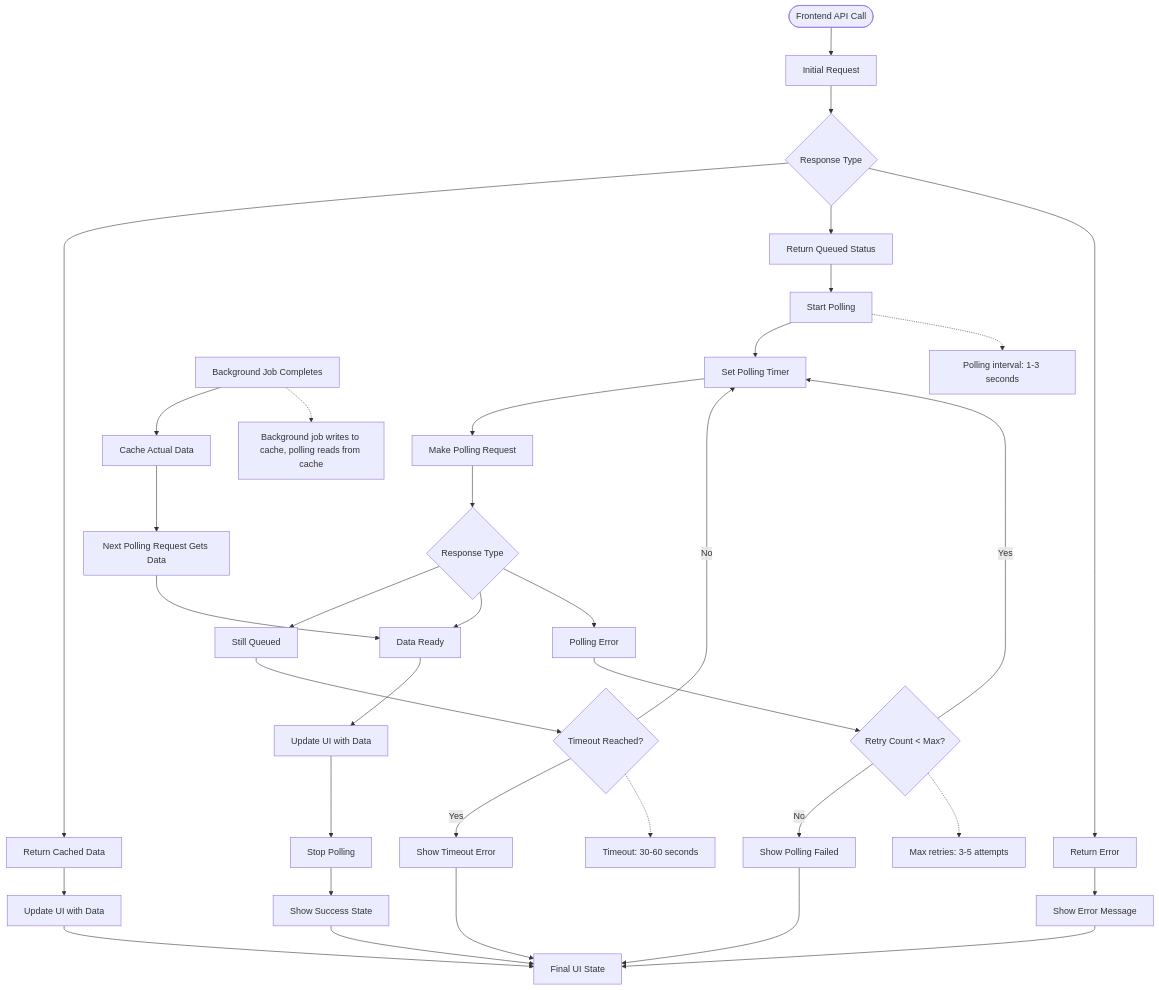
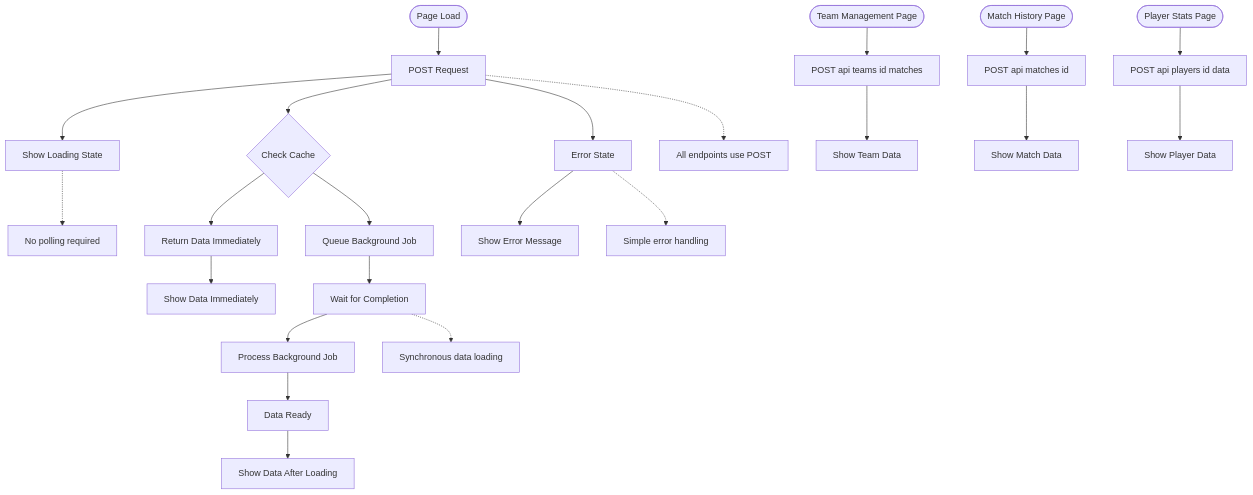
One commit to szarroug3/dota-data changed the sixth of 7 diagrams in docs/architecture.md. Above: the diagram before and after it, drawn with Mermaid. The commit also changed other lines of this file and 76 other files, not shown here.

````diff
--- a/docs/architecture.md
+++ b/docs/architecture.md
@@ -94,66 +264,47 @@
 ```mermaid
 flowchart TD
-    %% Initial API Call
-    API([Frontend API Call])
-    API --> INIT[Initial Request]
-    INIT --> RESP{Response Type}
+    %% Initial Page Load
+    LOAD([Page Load])
+    LOAD --> POST[POST Request]
+    POST --> LOADING[Show Loading State]
     
-    %% Immediate Response Paths
-    RESP --> CACHED[Return Cached Data]
-    RESP --> QUEUED[Return Queued Status]
-    RESP --> ERROR[Return Error]
+    %% Backend Processing
+    POST --> CACHE{Check Cache}
+    CACHE --> CACHED[Return Data Immediately]
+    CACHE --> QUEUE[Queue Background Job]
+    QUEUE --> WAIT[Wait for Completion]
+    WAIT --> PROCESS[Process Background Job]
+    PROCESS --> COMPLETE[Data Ready]
     
-    %% Frontend Handling
-    CACHED --> UI1[Update UI with Data]
-    ERROR --> UI2[Show Error Message]
-    QUEUED --> POLL[Start Polling]
-    
-    %% Polling Logic
-    POLL --> TIMER[Set Polling Timer]
-    TIMER --> POLL_REQ[Make Polling Request]
-    POLL_REQ --> POLL_RESP{Response Type}
-    
-    %% Polling Response Handling
-    POLL_RESP --> STILL_QUEUED[Still Queued]
-    POLL_RESP --> NOW_READY[Data Ready]
-    POLL_RESP --> POLL_ERROR[Polling Error]
-    
-    %% Still Queued - Continue Polling
-    STILL_QUEUED --> CHECK_TIMEOUT{Timeout Reached?}
-    CHECK_TIMEOUT -- No --> TIMER
-    CHECK_TIMEOUT -- Yes --> TIMEOUT[Show Timeout Error]
-    
-    %% Data Ready - Success Path
-    NOW_READY --> UPDATE_UI[Update UI with Data]
-    UPDATE_UI --> STOP_POLL[Stop Polling]
-    STOP_POLL --> SUCCESS[Show Success State]
+    %% UI Updates
+    CACHED --> UI1[Show Data Immediately]
+    COMPLETE --> UI2[Show Data After Loading]
     
     %% Error Handling
-    POLL_ERROR --> RETRY{Retry Count < Max?}
-    RETRY -- Yes --> TIMER
-    RETRY -- No --> POLL_FAIL[Show Polling Failed]
+    POST --> ERROR[Error State]
+    ERROR --> UI3[Show Error Message]
     
-    %% Background Job Completion
-    BG_JOB[Background Job Completes]
-    BG_JOB --> CACHE_DATA[Cache Actual Data]
-    CACHE_DATA --> NEXT_POLL[Next Polling Request Gets Data]
-    NEXT_POLL --> NOW_READY
+    %% Examples
+    TEAM_LOAD([Team Management Page])
+    TEAM_LOAD --> TEAM_POST[POST api teams id matches]
+    TEAM_POST --> TEAM_DATA[Show Team Data]
     
-    %% UI States
-    UI1 --> FINAL[Final UI State]
-    UI2 --> FINAL
-    TIMEOUT --> FINAL
-    SUCCESS --> FINAL
-    POLL_FAIL --> FINAL
+    MATCH_REQ([Match History Page])
+    MATCH_REQ --> MATCH_POST[POST api matches id]
+    MATCH_POST --> MATCH_DATA[Show Match Data]
+    
+    PLAYER_REQ([Player Stats Page])
+    PLAYER_REQ --> PLAYER_POST[POST api players id data]
+    PLAYER_POST --> PLAYER_DATA[Show Player Data]
     
     %% Notes
-    N1[Polling interval: 1-3 seconds]
-    N2[Timeout: 30-60 seconds]
-    N3[Max retries: 3-5 attempts]
-    N4[Background job writes to cache, polling reads from cache]
+    N1[All endpoints use POST]
+    N2[No polling required]
+    N3[Synchronous data loading]
+    N4[Simple error handling]
     
-    POLL -.-> N1
-    CHECK_TIMEOUT -.-> N2
-    RETRY -.-> N3
-    BG_JOB -.-> N4
+    POST -.-> N1
+    LOADING -.-> N2
+    WAIT -.-> N3
+    ERROR -.-> N4
 ```
````
